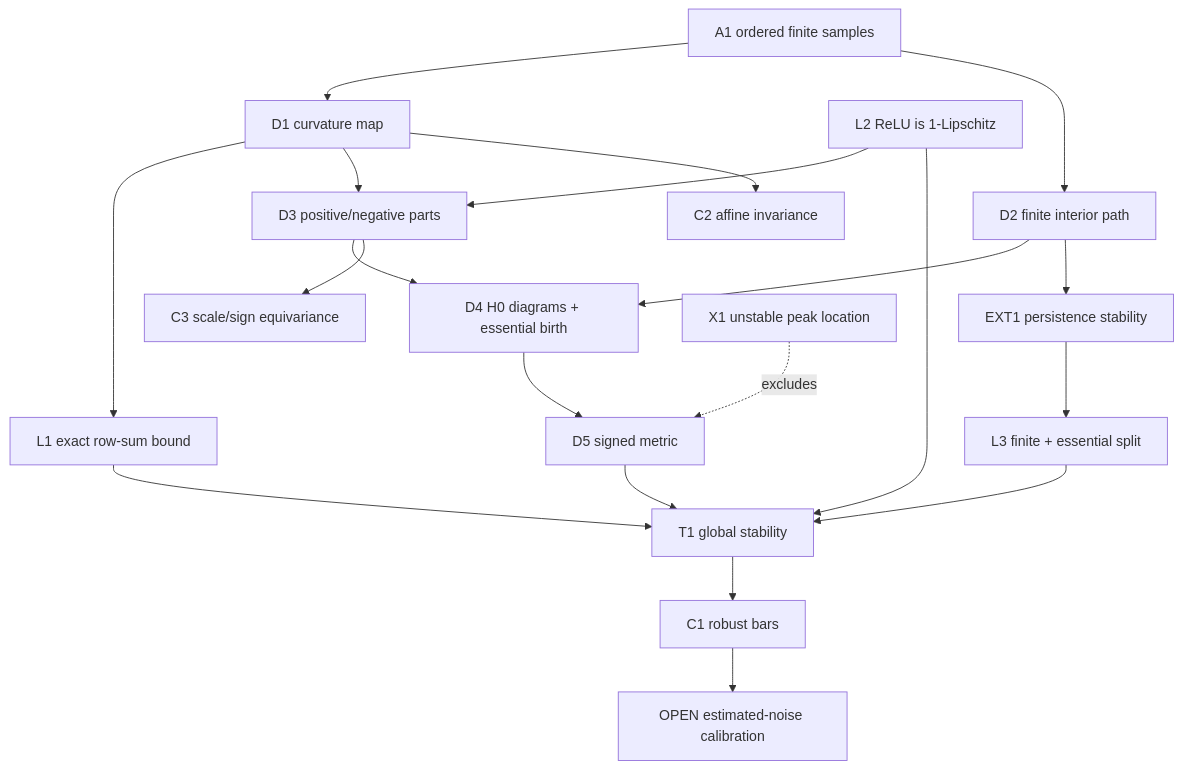
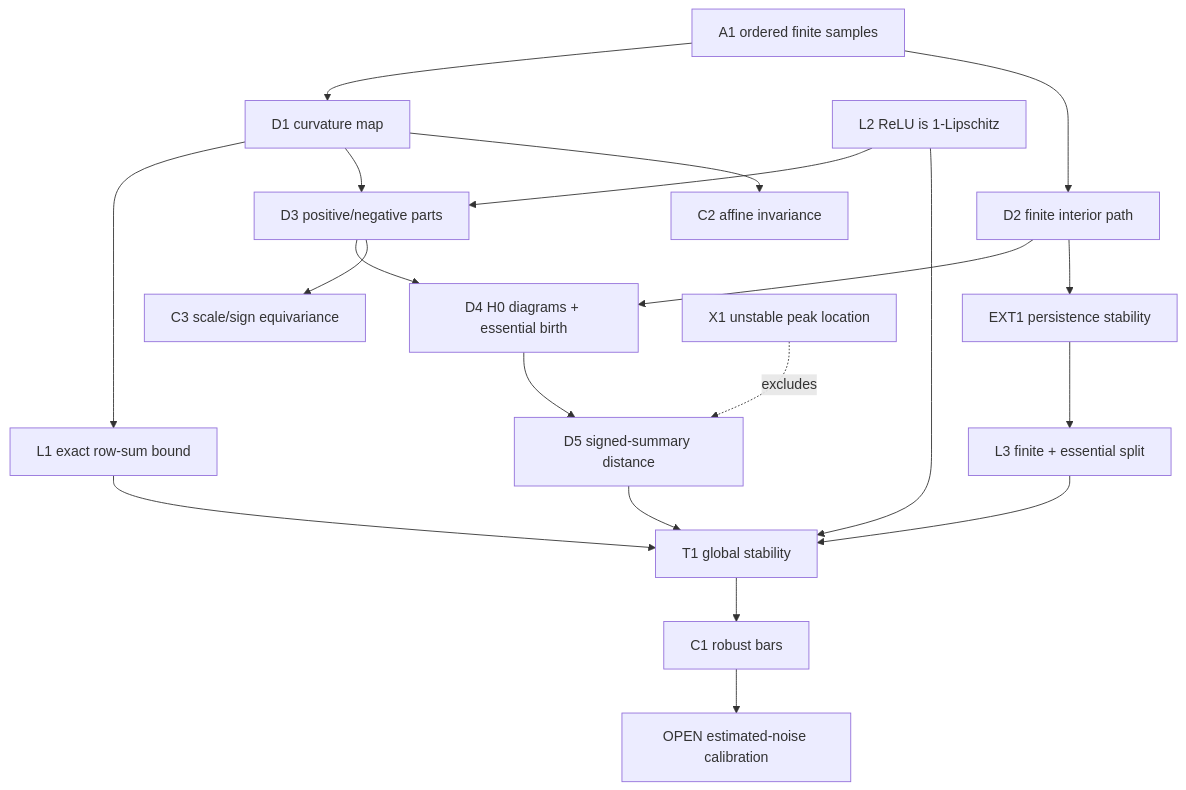
One commit to Safreliy/hcrd changed the diagram in theory/persistence_proof_dag.md. Above: the diagram before and after it, drawn with Mermaid. The commit also changed other lines of this file and 53 other files, not shown here.

````diff
--- a/theory/persistence_proof_dag.md
+++ b/theory/persistence_proof_dag.md
@@ -97,22 +97,22 @@
 ```mermaid
 flowchart TD
   A1["A1 ordered finite samples"] --> D1["D1 curvature map"]
   A1 --> D2["D2 finite interior path"]
   D1 --> L1["L1 exact row-sum bound"]
   D1 --> D3["D3 positive/negative parts"]
   L2["L2 ReLU is 1-Lipschitz"] --> D3
   D2 --> D4["D4 H0 diagrams + essential birth"]
   D3 --> D4
   D2 --> EXT1["EXT1 persistence stability"]
   EXT1 --> L3["L3 finite + essential split"]
-  D4 --> D5["D5 signed metric"]
+  D4 --> D5["D5 signed-summary distance"]
   L1 --> T1["T1 global stability"]
   L2 --> T1
   L3 --> T1
   D5 --> T1
   T1 --> C1["C1 robust bars"]
   D1 --> C2["C2 affine invariance"]
   D3 --> C3["C3 scale/sign equivariance"]
   X1["X1 unstable peak location"] -. excludes .-> D5
   C1 --> O1["OPEN estimated-noise calibration"]
 ```
````
